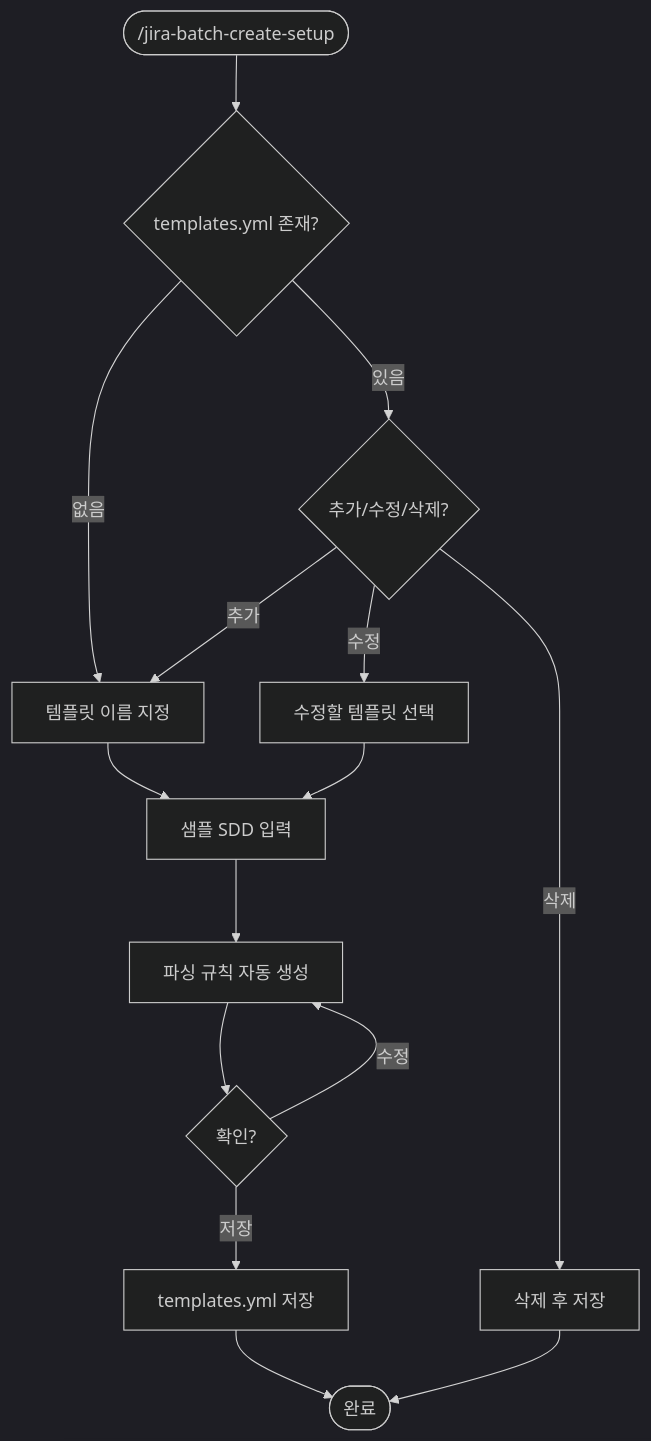
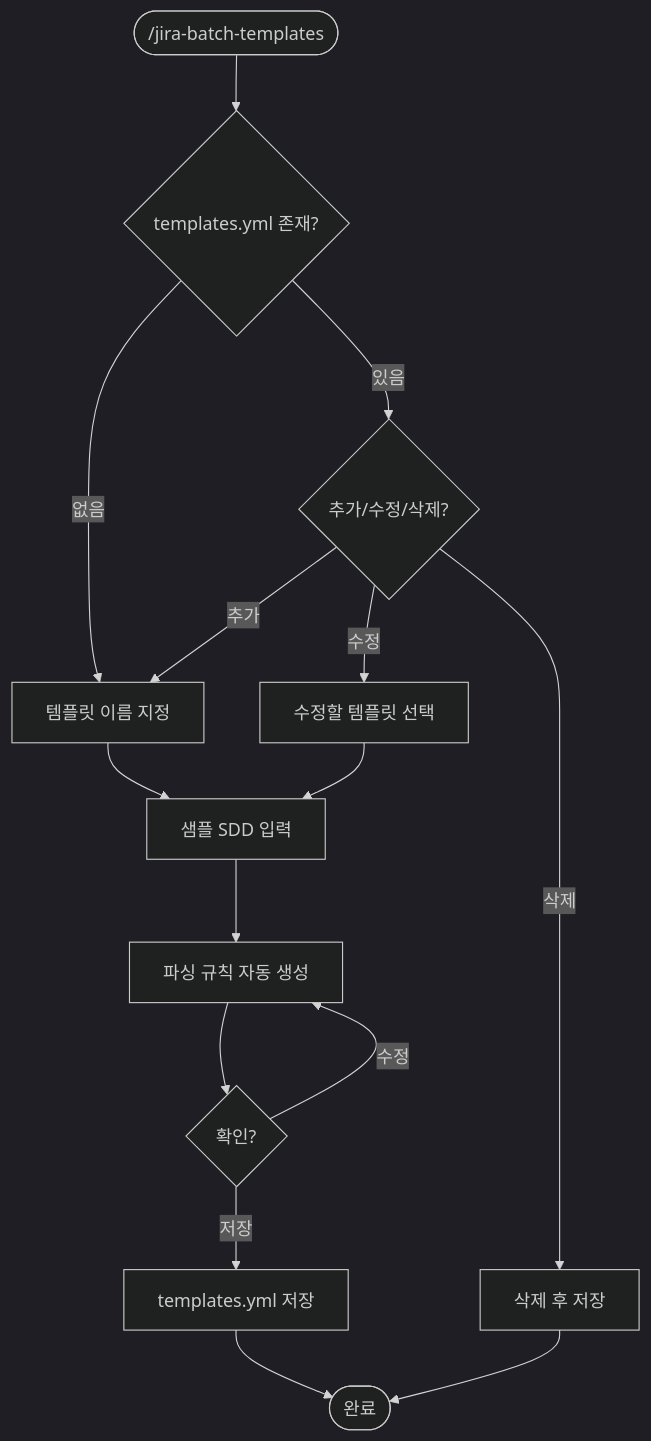
The third of 4 diagrams in jira-create/README.md (Park-Seung-Hun/atlassian-skills), drawn with Mermaid (dark theme) before and after one commit. The commit also changed other lines of this file and 6 other files, not shown here.

First line of the commit message:
refactor(jira-batch-templates): jira-batch-create-setup → jira-batch-templates 개명

````diff
--- a/jira-create/README.md
+++ b/jira-create/README.md
@@ -107,17 +107,17 @@
 ```mermaid
 flowchart TD
-    A(["/jira-batch-create-setup"]) --> B{templates.yml 존재?}
+    A(["/jira-batch-templates"]) --> B{templates.yml 존재?}
     B -- 없음 --> C[템플릿 이름 지정]
     B -- 있음 --> D{추가/수정/삭제?}
     D -- 추가 --> C
     D -- 수정 --> E[수정할 템플릿 선택]
     D -- 삭제 --> F[삭제 후 저장]
     C --> G[샘플 SDD 입력]
     E --> G
     G --> H[파싱 규칙 자동 생성]
     H --> I{확인?}
     I -- 수정 --> H
     I -- 저장 --> J[templates.yml 저장]
     F --> K([완료])
     J --> K
 ```
````
